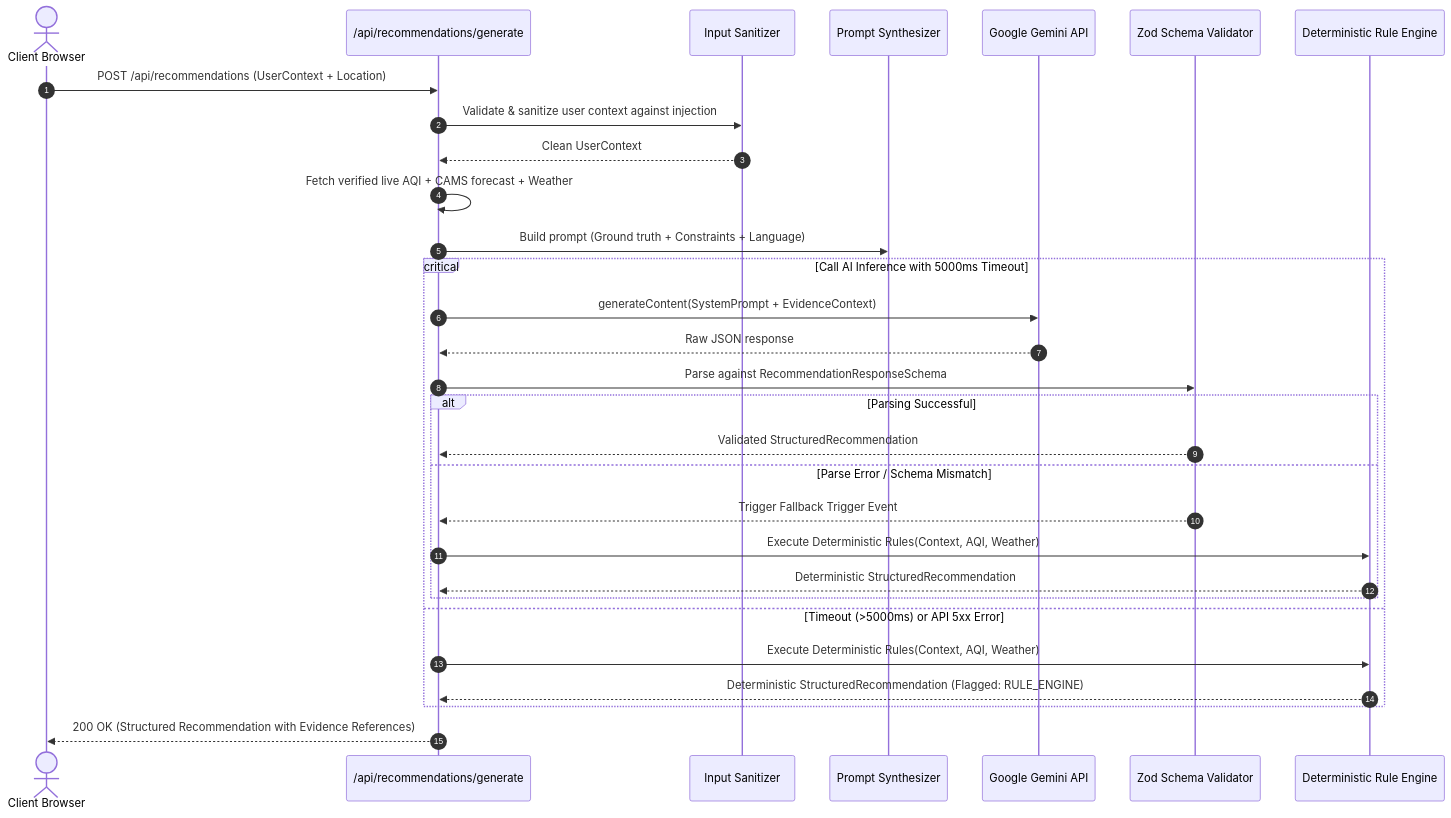
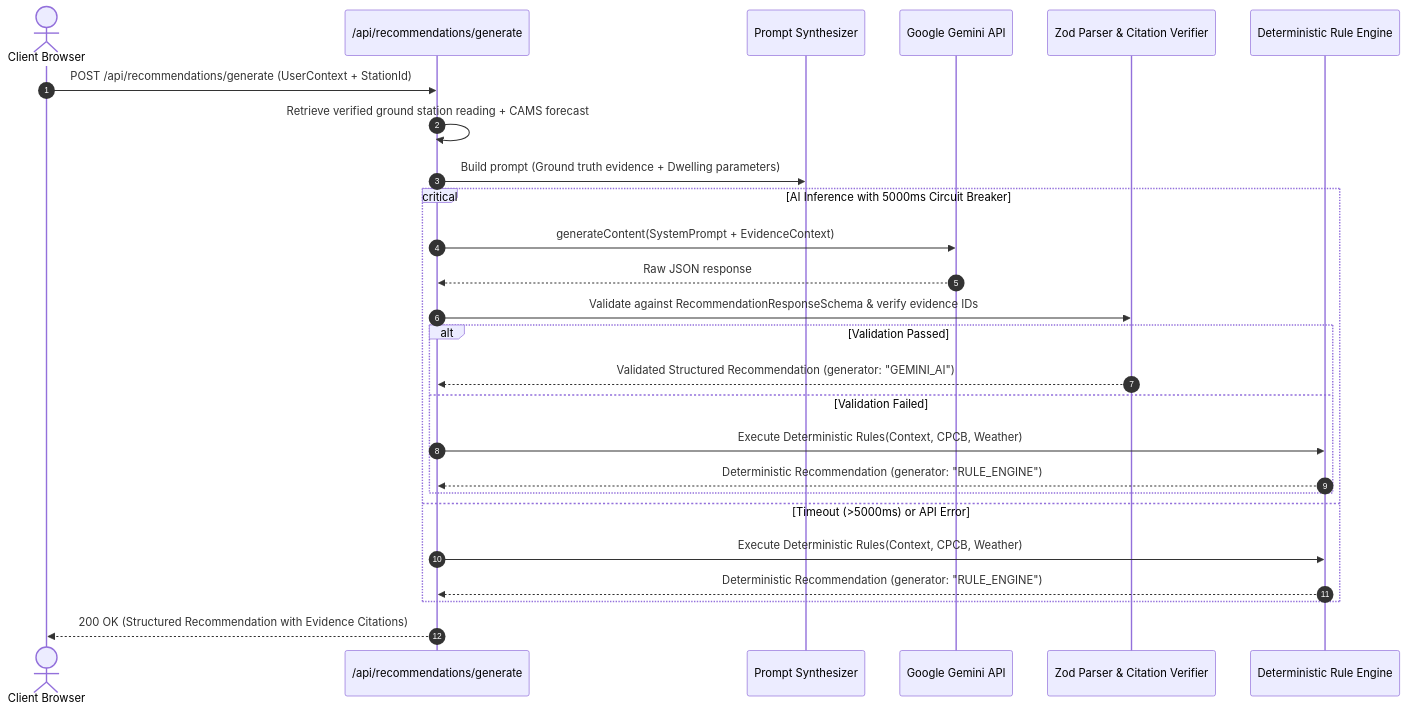
One commit to agnidiptasarkar123-dev/prompt_6 changed the third of 3 diagrams in docs/architecture.md. Above: the diagram before and after it, drawn with Mermaid. The commit also changed other lines of this file and 13 other files, not shown here.

Commit message:
docs: complete Phase 0 architecture audit revisions, decision log, and provenance specifications

````diff
--- a/docs/architecture.md
+++ b/docs/architecture.md
@@ -151,35 +180,31 @@
 ```mermaid
 sequenceDiagram
     autonumber
     actor User as Client Browser
     participant BFF as /api/recommendations/generate
-    participant Guard as Input Sanitizer
     participant Synthesizer as Prompt Synthesizer
     participant Gemini as Google Gemini API
-    participant Zod as Zod Schema Validator
+    participant Zod as Zod Parser & Citation Verifier
     participant Fallback as Deterministic Rule Engine
 
-    User->>BFF: POST /api/recommendations (UserContext + Location)
-    BFF->>Guard: Validate & sanitize user context against injection
-    Guard-->>BFF: Clean UserContext
-    BFF->>BFF: Fetch verified live AQI + CAMS forecast + Weather
-    BFF->>Synthesizer: Build prompt (Ground truth + Constraints + Language)
+    User->>BFF: POST /api/recommendations/generate (UserContext + StationId)
+    BFF->>BFF: Retrieve verified ground station reading + CAMS forecast
+    BFF->>Synthesizer: Build prompt (Ground truth evidence + Dwelling parameters)
     
-    critical Call AI Inference with 5000ms Timeout
+    critical AI Inference with 5000ms Circuit Breaker
         BFF->>Gemini: generateContent(SystemPrompt + EvidenceContext)
         Gemini-->>BFF: Raw JSON response
-        BFF->>Zod: Parse against RecommendationResponseSchema
-        alt Parsing Successful
-            Zod-->>BFF: Validated StructuredRecommendation
-        else Parse Error / Schema Mismatch
-            Zod-->>BFF: Trigger Fallback Trigger Event
-            BFF->>Fallback: Execute Deterministic Rules(Context, AQI, Weather)
-            Fallback-->>BFF: Deterministic StructuredRecommendation
+        BFF->>Zod: Validate against RecommendationResponseSchema & verify evidence IDs
+        alt Validation Passed
+            Zod-->>BFF: Validated Structured Recommendation (generator: "GEMINI_AI")
+        else Validation Failed
+            BFF->>Fallback: Execute Deterministic Rules(Context, CPCB, Weather)
+            Fallback-->>BFF: Deterministic Recommendation (generator: "RULE_ENGINE")
         end
-    option Timeout (>5000ms) or API 5xx Error
-        BFF->>Fallback: Execute Deterministic Rules(Context, AQI, Weather)
-        Fallback-->>BFF: Deterministic StructuredRecommendation (Flagged: RULE_ENGINE)
+    option Timeout (>5000ms) or API Error
+        BFF->>Fallback: Execute Deterministic Rules(Context, CPCB, Weather)
+        Fallback-->>BFF: Deterministic Recommendation (generator: "RULE_ENGINE")
     end
 
-    BFF-->>User: 200 OK (Structured Recommendation with Evidence References)
+    BFF-->>User: 200 OK (Structured Recommendation with Evidence Citations)
 ```
````
